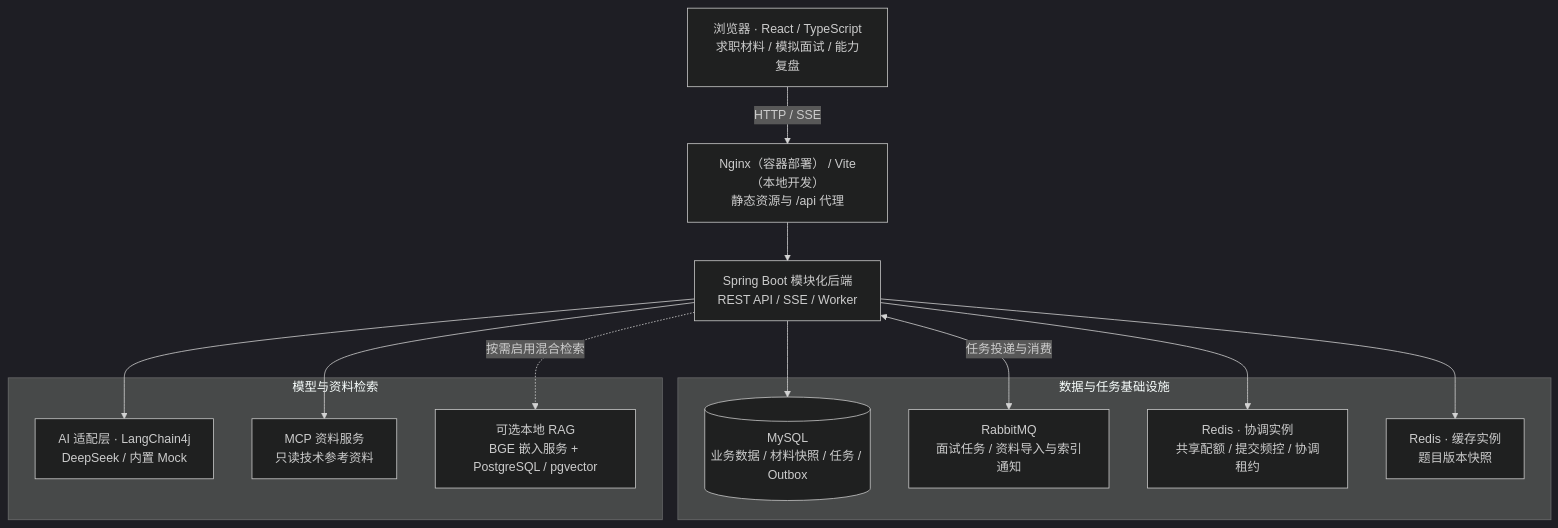
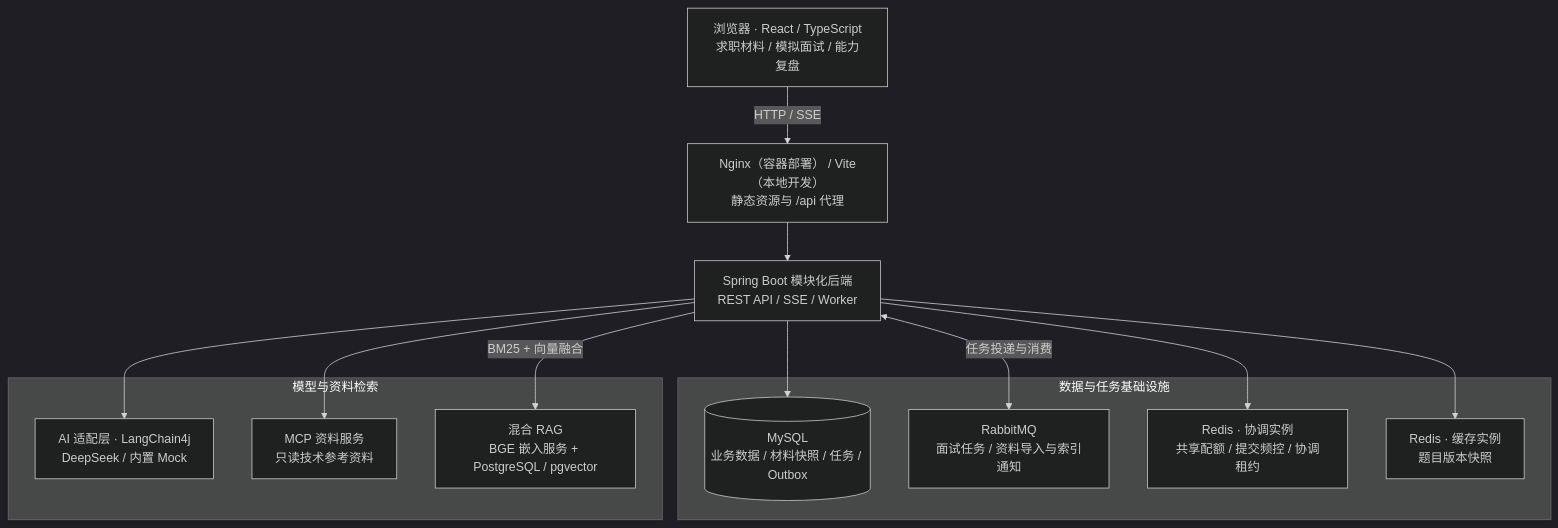
One commit to nut9527/interview-agent changed the first of 2 diagrams in README.md. Above: the diagram before and after it, drawn with Mermaid (dark theme). The commit also changed other lines of this file and 94 other files, not shown here.

````diff
--- a/README.md
+++ b/README.md
@@ -25,30 +25,30 @@
 ```mermaid
 flowchart TB
     Web["浏览器 · React / TypeScript<br/>求职材料 / 模拟面试 / 能力复盘"]
     Entry["Nginx（容器部署） / Vite（本地开发）<br/>静态资源与 /api 代理"]
     App["Spring Boot 模块化后端<br/>REST API / SSE / Worker"]
 
     Web -->|"HTTP / SSE"| Entry
     Entry --> App
 
     subgraph Data["数据与任务基础设施"]
         MySQL[("MySQL<br/>业务数据 / 材料快照 / 任务 / Outbox")]
         MQ["RabbitMQ<br/>面试任务 / 资料导入与索引通知"]
         Coordination["Redis · 协调实例<br/>共享配额 / 提交频控 / 协调租约"]
         Cache["Redis · 缓存实例<br/>题目版本快照"]
     end
 
     subgraph Intelligence["模型与资料检索"]
         Model["AI 适配层 · LangChain4j<br/>DeepSeek / 内置 Mock"]
         MCP["MCP 资料服务<br/>只读技术参考资料"]
-        RAG["可选本地 RAG<br/>BGE 嵌入服务 + PostgreSQL / pgvector"]
+        RAG["混合 RAG<br/>BGE 嵌入服务 + PostgreSQL / pgvector"]
     end
 
     App --> MySQL
     App <-->|"任务投递与消费"| MQ
     App --> Coordination
     App --> Cache
     App --> Model
     App --> MCP
-    App -.->|"按需启用混合检索"| RAG
+    App -->|"BM25 + 向量融合"| RAG
 ```
````
